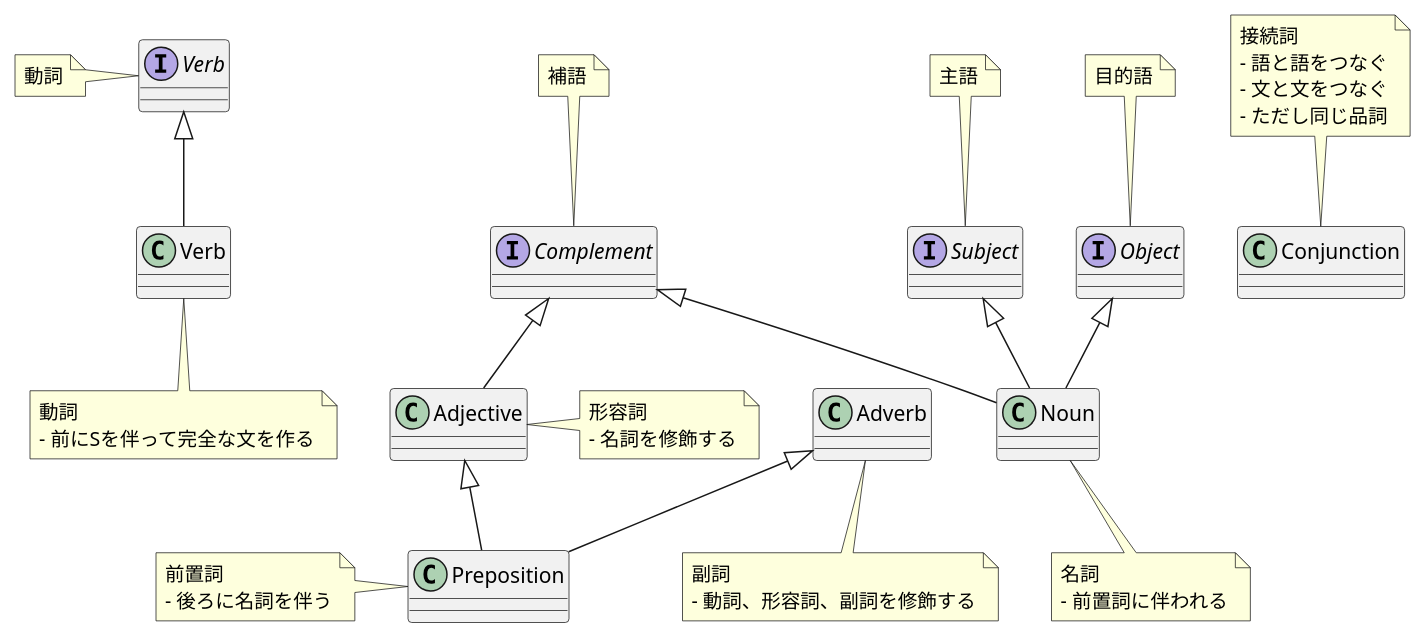
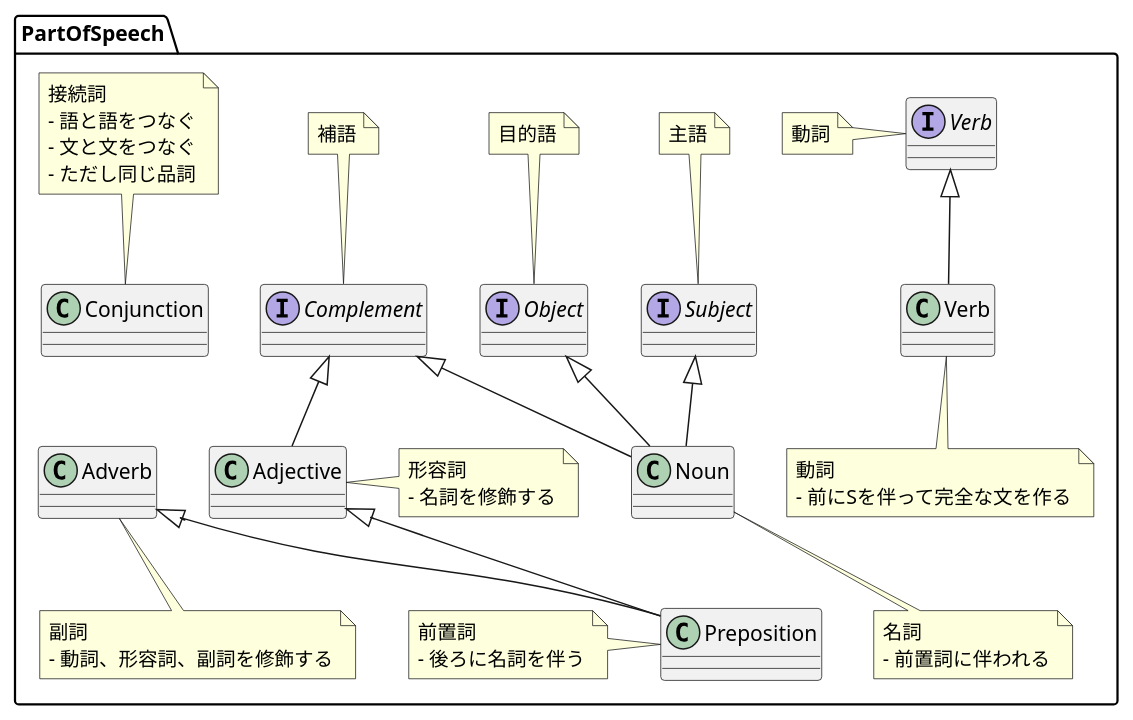
One commit to JHashimoto0518/structure-of-english changed the diagram in docs/diagrams/src/class_diagram.pu. Above: the diagram before and after it, drawn with PlantUML.

Commit message:
set classes into package

```diff
--- a/docs/diagrams/src/class_diagram.pu
+++ b/docs/diagrams/src/class_diagram.pu
@@ -1,52 +1,54 @@
 @startuml Structure of English
 
-interface Subject
-note top : 主語
+package "PartOfSpeech" {
+    interface Subject
+    note top : 主語
 
-interface "Verb" as IVerb
-note left : 動詞
+    interface "Verb" as IVerb
+    note left : 動詞
 
-interface Object
-note top : 目的語
+    interface Object
+    note top : 目的語
 
-interface Complement
-note top : 補語
+    interface Complement
+    note top : 補語
 
-class Noun {
+    class Noun {
+    }
+    note bottom : 名詞\n- 前置詞に伴われる
+
+    Subject <|-- Noun
+    Object <|-- Noun
+    Complement <|-- Noun
+
+    class Verb {
+
+    }
+    note bottom : 動詞\n- 前にSを伴って完全な文を作る
+    IVerb <|-- Verb
+
+    class Adjective {
+
+    }
+    note right : 形容詞\n- 名詞を修飾する
+    Complement <|-- Adjective
+
+    class Adverb {
+
+    }
+    note bottom : 副詞\n- 動詞、形容詞、副詞を修飾する
+
+    class Preposition {
+
+    }
+    note left : 前置詞\n- 後ろに名詞を伴う
+    Adjective <|-- Preposition
+    Adverb <|-- Preposition
+
+    class Conjunction {
+
+    }
+    note top : 接続詞\n- 語と語をつなぐ\n- 文と文をつなぐ\n- ただし同じ品詞
 }
-note bottom : 名詞\n- 前置詞に伴われる
-
-Subject <|-- Noun
-Object <|-- Noun
-Complement <|-- Noun
-
-class Verb {
-
-}
-note bottom : 動詞\n- 前にSを伴って完全な文を作る
-IVerb <|-- Verb
-
-class Adjective {
-
-}
-note right : 形容詞\n- 名詞を修飾する
-Complement <|-- Adjective
-
-class Adverb {
-
-}
-note bottom : 副詞\n- 動詞、形容詞、副詞を修飾する
-
-class Preposition {
-
-}
-note left : 前置詞\n- 後ろに名詞を伴う
-Adjective <|-- Preposition
-Adverb <|-- Preposition
-
-class Conjunction {
-
-}
-note top : 接続詞\n- 語と語をつなぐ\n- 文と文をつなぐ\n- ただし同じ品詞
 
 @enduml
```
